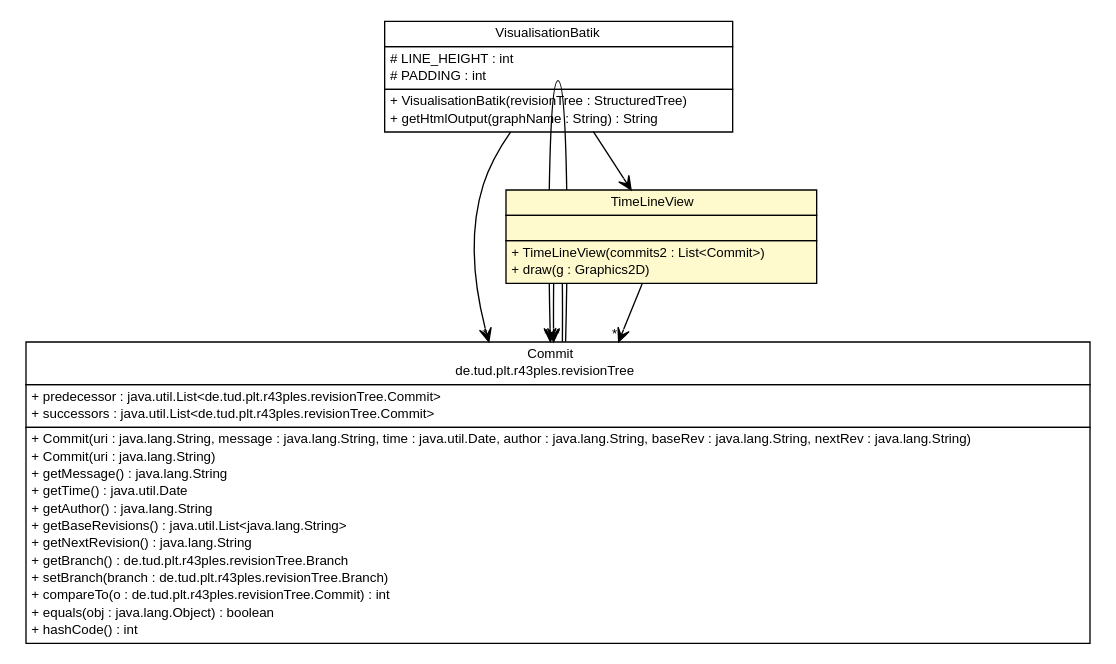
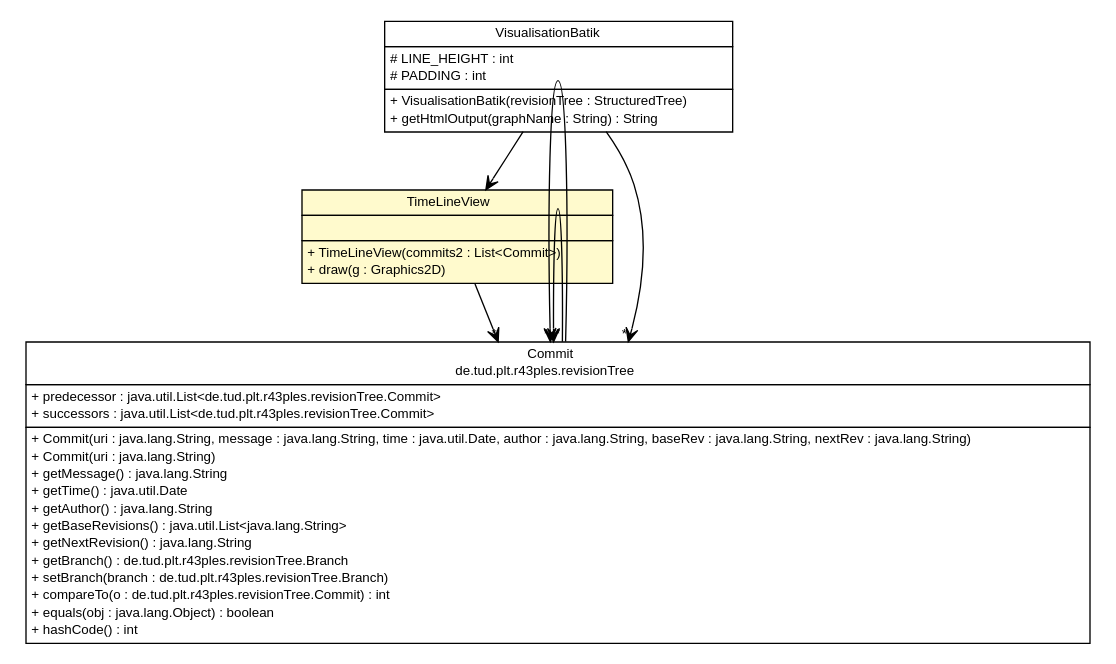
Before and after one commit to adrianorzyszek/r43ples: the diagram in site/apidocs/de/tud/plt/r43ples/visualisation/TimeLineView.dot, drawn with Graphviz. The commit also changed 279 other files, not shown here.

```diff
--- a/site/apidocs/de/tud/plt/r43ples/visualisation/TimeLineView.dot
+++ b/site/apidocs/de/tud/plt/r43ples/visualisation/TimeLineView.dot
@@ -1,74 +1,74 @@
 #!/usr/local/bin/dot
 #
 # Class diagram 
 # Generated by UMLGraph version R5_6-24-gf6e263 (http://www.umlgraph.org/)
 #
 
 digraph G {
 	edge [fontname="Helvetica",fontsize=10,labelfontname="Helvetica",labelfontsize=10];
 	node [fontname="Helvetica",fontsize=10,shape=plaintext];
 	nodesep=0.25;
 	ranksep=0.5;
+	// de.tud.plt.r43ples.visualisation.TimeLineView
+	c1719 [label=<<table title="de.tud.plt.r43ples.visualisation.TimeLineView" border="0" cellborder="1" cellspacing="0" cellpadding="2" port="p" bgcolor="lemonChiffon" href="./TimeLineView.html">
+		<tr><td><table border="0" cellspacing="0" cellpadding="1">
+<tr><td align="center" balign="center"> TimeLineView </td></tr>
+		</table></td></tr>
+		<tr><td><table border="0" cellspacing="0" cellpadding="1">
+<tr><td align="left" balign="left">  </td></tr>
+		</table></td></tr>
+		<tr><td><table border="0" cellspacing="0" cellpadding="1">
+<tr><td align="left" balign="left"> + TimeLineView(commits2 : List&lt;Commit&gt;) </td></tr>
+<tr><td align="left" balign="left"> + draw(g : Graphics2D) </td></tr>
+		</table></td></tr>
+		</table>>, URL="./TimeLineView.html", fontname="Helvetica", fontcolor="black", fontsize=10.0];
+	// de.tud.plt.r43ples.visualisation.VisualisationBatik
+	c1720 [label=<<table title="de.tud.plt.r43ples.visualisation.VisualisationBatik" border="0" cellborder="1" cellspacing="0" cellpadding="2" port="p" href="./VisualisationBatik.html">
+		<tr><td><table border="0" cellspacing="0" cellpadding="1">
+<tr><td align="center" balign="center"> VisualisationBatik </td></tr>
+		</table></td></tr>
+		<tr><td><table border="0" cellspacing="0" cellpadding="1">
+<tr><td align="left" balign="left"> # LINE_HEIGHT : int </td></tr>
+<tr><td align="left" balign="left"> # PADDING : int </td></tr>
+		</table></td></tr>
+		<tr><td><table border="0" cellspacing="0" cellpadding="1">
+<tr><td align="left" balign="left"> + VisualisationBatik(revisionTree : StructuredTree) </td></tr>
+<tr><td align="left" balign="left"> + getHtmlOutput(graphName : String) : String </td></tr>
+		</table></td></tr>
+		</table>>, URL="./VisualisationBatik.html", fontname="Helvetica", fontcolor="black", fontsize=10.0];
 	// de.tud.plt.r43ples.revisionTree.Commit
-	c1706 [label=<<table title="de.tud.plt.r43ples.revisionTree.Commit" border="0" cellborder="1" cellspacing="0" cellpadding="2" port="p" href="../revisionTree/Commit.html">
+	c1729 [label=<<table title="de.tud.plt.r43ples.revisionTree.Commit" border="0" cellborder="1" cellspacing="0" cellpadding="2" port="p" href="../revisionTree/Commit.html">
 		<tr><td><table border="0" cellspacing="0" cellpadding="1">
 <tr><td align="center" balign="center"> Commit </td></tr>
 <tr><td align="center" balign="center"> de.tud.plt.r43ples.revisionTree </td></tr>
 		</table></td></tr>
 		<tr><td><table border="0" cellspacing="0" cellpadding="1">
 <tr><td align="left" balign="left"> + predecessor : java.util.List&lt;de.tud.plt.r43ples.revisionTree.Commit&gt; </td></tr>
 <tr><td align="left" balign="left"> + successors : java.util.List&lt;de.tud.plt.r43ples.revisionTree.Commit&gt; </td></tr>
 		</table></td></tr>
 		<tr><td><table border="0" cellspacing="0" cellpadding="1">
 <tr><td align="left" balign="left"> + Commit(uri : java.lang.String, message : java.lang.String, time : java.util.Date, author : java.lang.String, baseRev : java.lang.String, nextRev : java.lang.String) </td></tr>
 <tr><td align="left" balign="left"> + Commit(uri : java.lang.String) </td></tr>
 <tr><td align="left" balign="left"> + getMessage() : java.lang.String </td></tr>
 <tr><td align="left" balign="left"> + getTime() : java.util.Date </td></tr>
 <tr><td align="left" balign="left"> + getAuthor() : java.lang.String </td></tr>
 <tr><td align="left" balign="left"> + getBaseRevisions() : java.util.List&lt;java.lang.String&gt; </td></tr>
 <tr><td align="left" balign="left"> + getNextRevision() : java.lang.String </td></tr>
 <tr><td align="left" balign="left"> + getBranch() : de.tud.plt.r43ples.revisionTree.Branch </td></tr>
 <tr><td align="left" balign="left"> + setBranch(branch : de.tud.plt.r43ples.revisionTree.Branch) </td></tr>
 <tr><td align="left" balign="left"> + compareTo(o : de.tud.plt.r43ples.revisionTree.Commit) : int </td></tr>
 <tr><td align="left" balign="left"> + equals(obj : java.lang.Object) : boolean </td></tr>
 <tr><td align="left" balign="left"> + hashCode() : int </td></tr>
 		</table></td></tr>
 		</table>>, URL="../revisionTree/Commit.html", fontname="Helvetica", fontcolor="black", fontsize=10.0];
-	// de.tud.plt.r43ples.visualisation.VisualisationBatik
-	c1710 [label=<<table title="de.tud.plt.r43ples.visualisation.VisualisationBatik" border="0" cellborder="1" cellspacing="0" cellpadding="2" port="p" href="./VisualisationBatik.html">
-		<tr><td><table border="0" cellspacing="0" cellpadding="1">
-<tr><td align="center" balign="center"> VisualisationBatik </td></tr>
-		</table></td></tr>
-		<tr><td><table border="0" cellspacing="0" cellpadding="1">
-<tr><td align="left" balign="left"> # LINE_HEIGHT : int </td></tr>
-<tr><td align="left" balign="left"> # PADDING : int </td></tr>
-		</table></td></tr>
-		<tr><td><table border="0" cellspacing="0" cellpadding="1">
-<tr><td align="left" balign="left"> + VisualisationBatik(revisionTree : StructuredTree) </td></tr>
-<tr><td align="left" balign="left"> + getHtmlOutput(graphName : String) : String </td></tr>
-		</table></td></tr>
-		</table>>, URL="./VisualisationBatik.html", fontname="Helvetica", fontcolor="black", fontsize=10.0];
-	// de.tud.plt.r43ples.visualisation.TimeLineView
-	c1712 [label=<<table title="de.tud.plt.r43ples.visualisation.TimeLineView" border="0" cellborder="1" cellspacing="0" cellpadding="2" port="p" bgcolor="lemonChiffon" href="./TimeLineView.html">
-		<tr><td><table border="0" cellspacing="0" cellpadding="1">
-<tr><td align="center" balign="center"> TimeLineView </td></tr>
-		</table></td></tr>
-		<tr><td><table border="0" cellspacing="0" cellpadding="1">
-<tr><td align="left" balign="left">  </td></tr>
-		</table></td></tr>
-		<tr><td><table border="0" cellspacing="0" cellpadding="1">
-<tr><td align="left" balign="left"> + TimeLineView(commits2 : List&lt;Commit&gt;) </td></tr>
-<tr><td align="left" balign="left"> + draw(g : Graphics2D) </td></tr>
-		</table></td></tr>
-		</table>>, URL="./TimeLineView.html", fontname="Helvetica", fontcolor="black", fontsize=10.0];
+	// de.tud.plt.r43ples.visualisation.TimeLineView NAVASSOC de.tud.plt.r43ples.revisionTree.Commit
+	c1719:p -> c1729:p [taillabel="", label="", headlabel="*", fontname="Helvetica", fontcolor="black", fontsize=10.0, color="black", arrowhead=open];
+	// de.tud.plt.r43ples.visualisation.VisualisationBatik NAVASSOC de.tud.plt.r43ples.visualisation.TimeLineView
+	c1720:p -> c1719:p [taillabel="", label="", headlabel="", fontname="Helvetica", fontcolor="black", fontsize=10.0, color="black", arrowhead=open];
+	// de.tud.plt.r43ples.visualisation.VisualisationBatik NAVASSOC de.tud.plt.r43ples.revisionTree.Commit
+	c1720:p -> c1729:p [taillabel="", label="", headlabel="*", fontname="Helvetica", fontcolor="black", fontsize=10.0, color="black", arrowhead=open];
 	// de.tud.plt.r43ples.revisionTree.Commit NAVASSOC de.tud.plt.r43ples.revisionTree.Commit
-	c1706:p -> c1706:p [taillabel="", label="", headlabel="*", fontname="Helvetica", fontcolor="black", fontsize=10.0, color="black", arrowhead=open];
+	c1729:p -> c1729:p [taillabel="", label="", headlabel="*", fontname="Helvetica", fontcolor="black", fontsize=10.0, color="black", arrowhead=open];
 	// de.tud.plt.r43ples.revisionTree.Commit NAVASSOC de.tud.plt.r43ples.revisionTree.Commit
-	c1706:p -> c1706:p [taillabel="", label="", headlabel="*", fontname="Helvetica", fontcolor="black", fontsize=10.0, color="black", arrowhead=open];
-	// de.tud.plt.r43ples.visualisation.VisualisationBatik NAVASSOC de.tud.plt.r43ples.visualisation.TimeLineView
-	c1710:p -> c1712:p [taillabel="", label="", headlabel="", fontname="Helvetica", fontcolor="black", fontsize=10.0, color="black", arrowhead=open];
-	// de.tud.plt.r43ples.visualisation.VisualisationBatik NAVASSOC de.tud.plt.r43ples.revisionTree.Commit
-	c1710:p -> c1706:p [taillabel="", label="", headlabel="*", fontname="Helvetica", fontcolor="black", fontsize=10.0, color="black", arrowhead=open];
-	// de.tud.plt.r43ples.visualisation.TimeLineView NAVASSOC de.tud.plt.r43ples.revisionTree.Commit
-	c1712:p -> c1706:p [taillabel="", label="", headlabel="*", fontname="Helvetica", fontcolor="black", fontsize=10.0, color="black", arrowhead=open];
+	c1729:p -> c1729:p [taillabel="", label="", headlabel="*", fontname="Helvetica", fontcolor="black", fontsize=10.0, color="black", arrowhead=open];
 }
```
